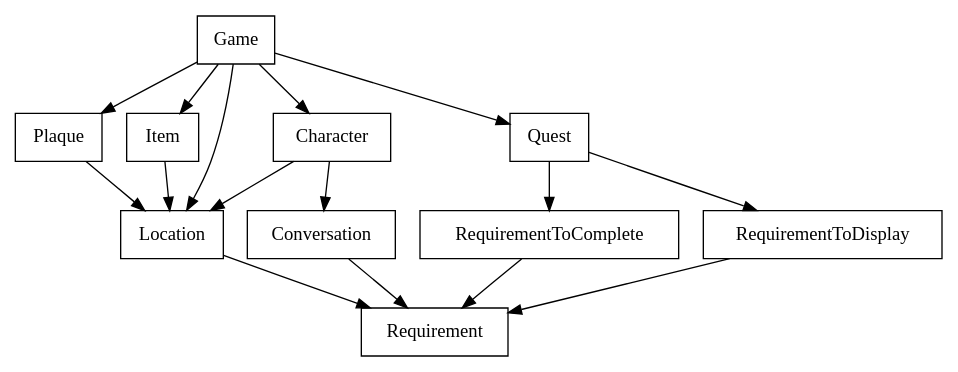
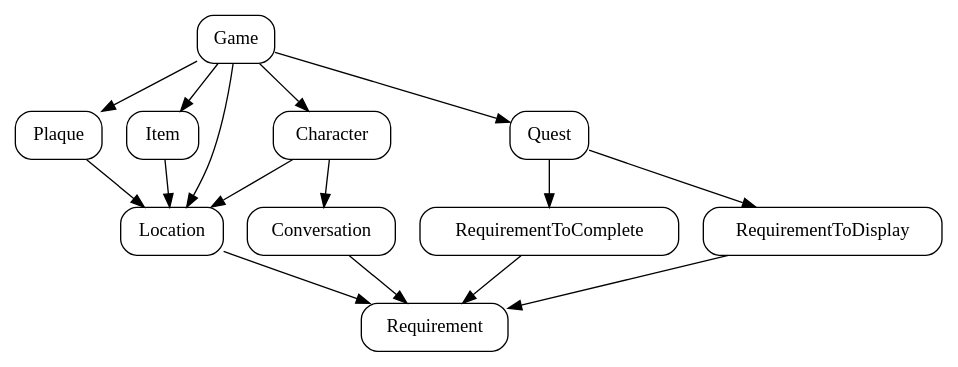
The diagram in docs/associations.dot (ARISGames/jsEditor), drawn with Graphviz before and after one commit. The commit also changed 1 other file, not shown here.

```diff
--- a/docs/associations.dot
+++ b/docs/associations.dot
@@ -1,23 +1,24 @@
 digraph G {
 
 	node [
-		shape = "record"
+		style = "rounded"
+		shape = "box"
 	];
 
 	Game->Plaque;
 	Game->Character;
 	Game->Item;
 	Game->Quest;
 	Game->Location;
 
 	Plaque->Location;
 	Character->Location;
 	Item->Location;
 
 	Character->Conversation;
 
 	Location->Requirement;
 	Conversation->Requirement;
 	Quest->RequirementToComplete->Requirement;
 	Quest->RequirementToDisplay->Requirement;
 }
```
